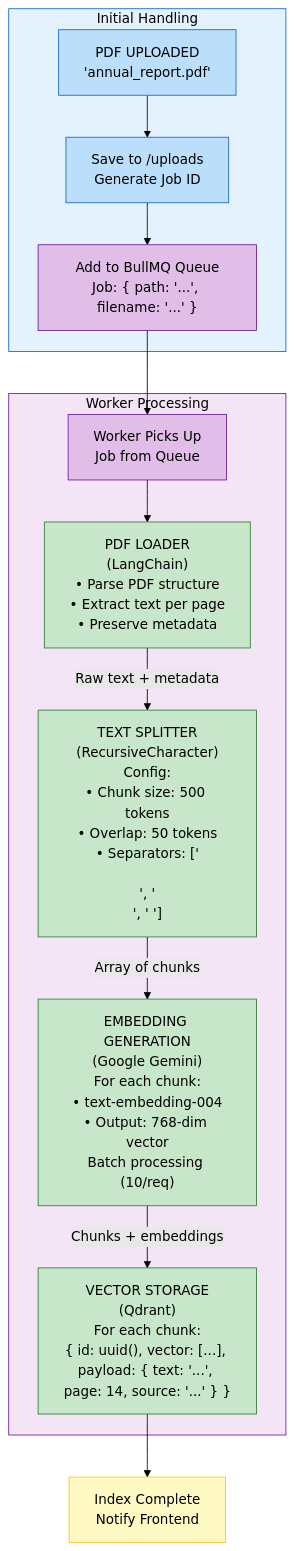
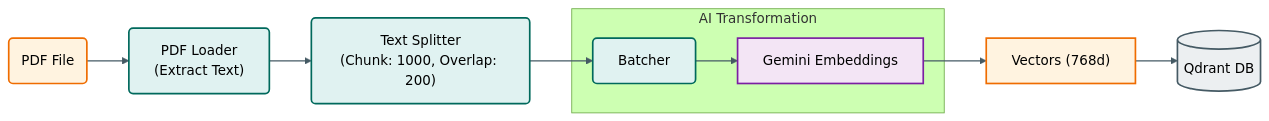
The third of 3 diagrams in README.md (AbhinavCoder-14/PromptPage), drawn with Mermaid (forest theme) before and after one commit. The commit also changed other lines of this file, not shown here.

First line of the commit message:
Revise architecture flowcharts in README

````diff
--- a/README.md
+++ b/README.md
@@ -238,40 +218,25 @@
 ```mermaid
-flowchart TD
-    subgraph InitialHandling ["Initial Handling"]
-        Start["PDF UPLOADED\n'annual_report.pdf'"]
-        Save["Save to /uploads\nGenerate Job ID"]
-        Queue["Add to BullMQ Queue\nJob: { path: '...', filename: '...' }"]
+flowchart LR
+    %% --- STYLES ---
+    classDef file fill:#fff3e0,stroke:#ef6c00,stroke-width:2px,color:#000
+    classDef process fill:#e0f2f1,stroke:#00695c,stroke-width:2px,color:#000,rx:5,ry:5
+    classDef model fill:#f3e5f5,stroke:#7b1fa2,stroke-width:2px,color:#000
+    classDef db fill:#eceff1,stroke:#455a64,stroke-width:2px,color:#000,shape:cylinder
+
+    Input("PDF File"):::file --> Loader["PDF Loader<br/>(Extract Text)"]:::process
+    
+    Loader --> Splitter["Text Splitter<br/>(Chunk: 1000, Overlap: 200)"]:::process
+    
+    Splitter --> Batcher["Batcher"]:::process
+    
+    subgraph Transformation [" AI Transformation "]
+        Batcher --> Embedder["Gemini Embeddings"]:::model
     end
 
-    subgraph WorkerProcessing ["Worker Processing"]
-        Worker["Worker Picks Up\nJob from Queue"]
-        Loader["PDF LOADER\n(LangChain)\n• Parse PDF structure\n• Extract text per page\n• Preserve metadata"]
-        Splitter["TEXT SPLITTER\n(RecursiveCharacter)\nConfig:\n• Chunk size: 500 tokens\n• Overlap: 50 tokens\n• Separators: ['\n\n', '\n', ' ']"]
-        Embedding["EMBEDDING GENERATION\n(Google Gemini)\nFor each chunk:\n• text-embedding-004\n• Output: 768-dim vector\nBatch processing (10/req)"]
-        Storage["VECTOR STORAGE\n(Qdrant)\nFor each chunk:\n{ id: uuid(), vector: [...], payload: { text: '...', page: 14, source: '...' } }"]
-    end
+    Embedder --> Vector["Vectors (768d)"]:::file
+    
+    Vector --> Storage[("Qdrant DB")]:::db
 
-    End["Index Complete\nNotify Frontend"]
-
-    Start --> Save
-    Save --> Queue
-    Queue --> Worker
-    Worker --> Loader
-    Loader -->|"Raw text + metadata"| Splitter
-    Splitter -->|"Array of chunks"| Embedding
-    Embedding -->|"Chunks + embeddings"| Storage
-    Storage --> End
-
-    %% Added color:#000 to all styles below to force black text
-    style InitialHandling fill:#e3f2fd,stroke:#1565c0,color:#000
-    style WorkerProcessing fill:#f3e5f5,stroke:#6a1b9a,color:#000
-    style Start fill:#bbdefb,stroke:#1565c0,color:#000
-    style Save fill:#bbdefb,stroke:#1565c0,color:#000
-    style Queue fill:#e1bee7,stroke:#6a1b9a,color:#000
-    style Worker fill:#e1bee7,stroke:#6a1b9a,color:#000
-    style Loader fill:#c8e6c9,stroke:#2e7d32,color:#000
-    style Splitter fill:#c8e6c9,stroke:#2e7d32,color:#000
-    style Embedding fill:#c8e6c9,stroke:#2e7d32,color:#000
-    style Storage fill:#c8e6c9,stroke:#2e7d32,color:#000
-    style End fill:#fff9c4,stroke:#fbc02d,color:#000
+    %% --- LINK STYLES ---
+    linkStyle default stroke:#455a64,stroke-width:1.5px,curve:basis
 ```
````
